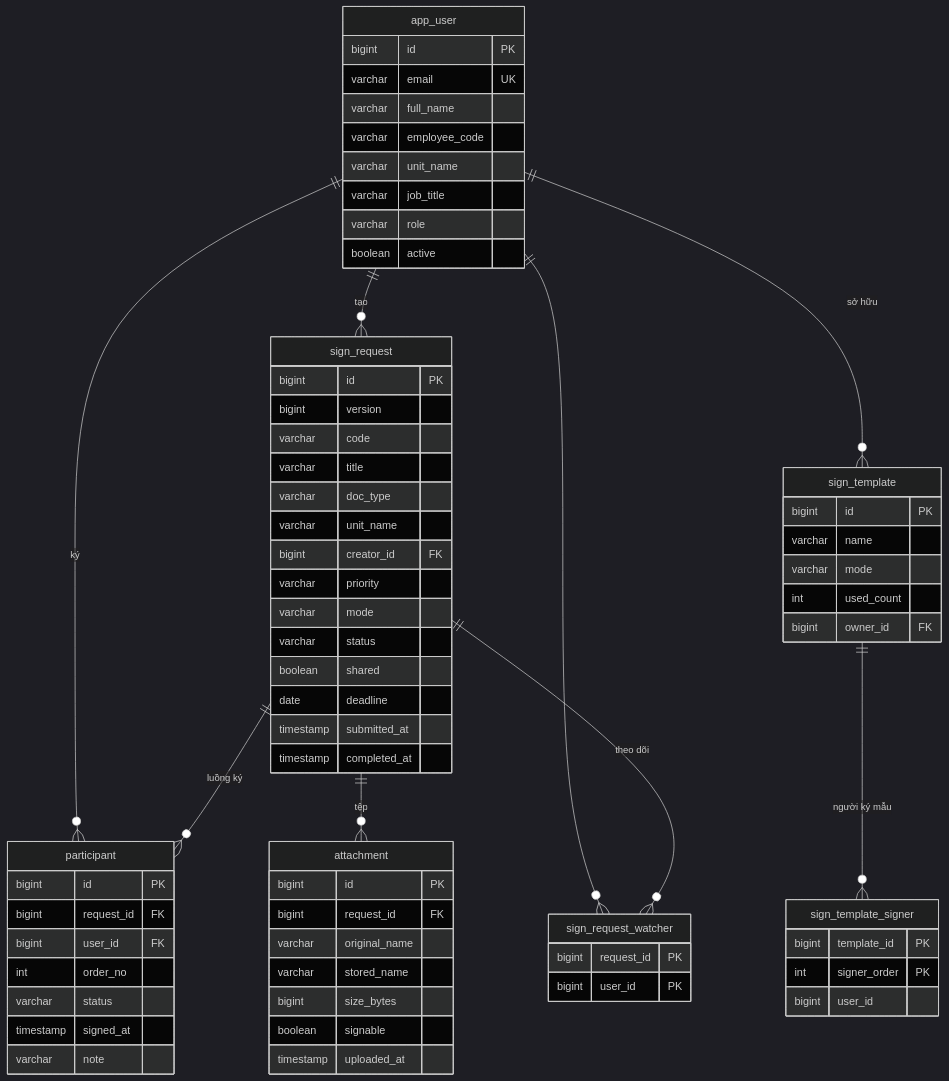
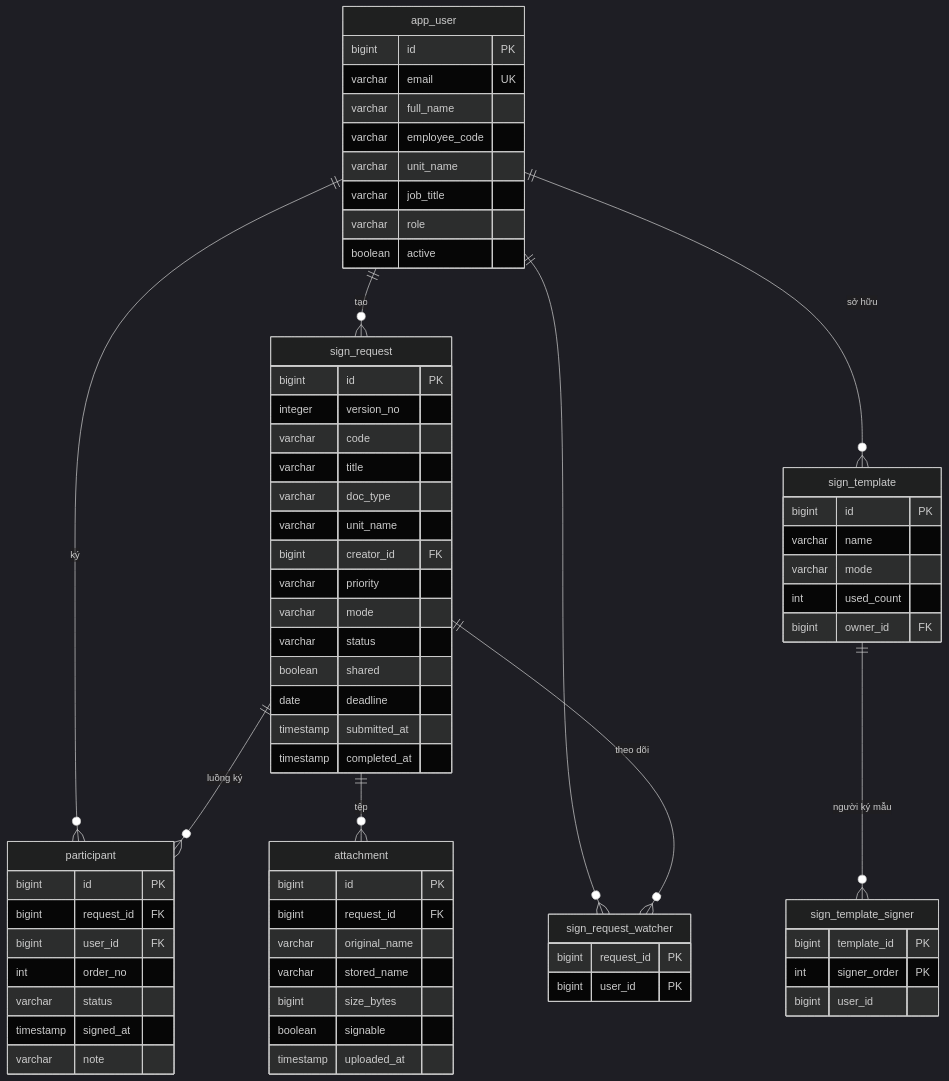
One commit to XoaiND/ksvb_app changed the diagram in docs/database.md. Above: the diagram before and after it, drawn with Mermaid (dark theme). The commit also changed other lines of this file and 13 other files, not shown here.

````diff
--- a/docs/database.md
+++ b/docs/database.md
@@ -15,72 +15,72 @@
 ```mermaid
 erDiagram
     app_user ||--o{ sign_request : "tạo"
     sign_request ||--o{ participant : "luồng ký"
     app_user ||--o{ participant : "ký"
     sign_request ||--o{ sign_request_watcher : "theo dõi"
     app_user ||--o{ sign_request_watcher : ""
     sign_request ||--o{ attachment : "tệp"
     app_user ||--o{ sign_template : "sở hữu"
     sign_template ||--o{ sign_template_signer : "người ký mẫu"
 
     app_user {
         bigint id PK
         varchar email UK
         varchar full_name
         varchar employee_code
         varchar unit_name
         varchar job_title
         varchar role
         boolean active
     }
     sign_request {
         bigint id PK
-        bigint version
+        integer version_no
         varchar code
         varchar title
         varchar doc_type
         varchar unit_name
         bigint creator_id FK
         varchar priority
         varchar mode
         varchar status
         boolean shared
         date deadline
         timestamp submitted_at
         timestamp completed_at
     }
     participant {
         bigint id PK
         bigint request_id FK
         bigint user_id FK
         int order_no
         varchar status
         timestamp signed_at
         varchar note
     }
     sign_request_watcher {
         bigint request_id PK
         bigint user_id PK
     }
     attachment {
         bigint id PK
         bigint request_id FK
         varchar original_name
         varchar stored_name
         bigint size_bytes
         boolean signable
         timestamp uploaded_at
     }
     sign_template {
         bigint id PK
         varchar name
         varchar mode
         int used_count
         bigint owner_id FK
     }
     sign_template_signer {
         bigint template_id PK
         int signer_order PK
         bigint user_id
     }
 ```
````
